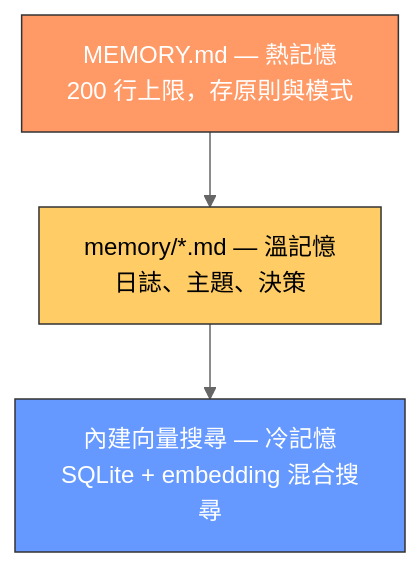
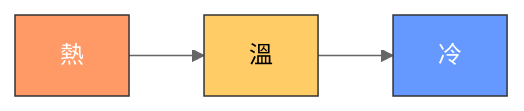
The sixth of 6 diagrams in README.md (changanlee/claw-company), drawn with Mermaid (neutral theme) before and after one commit. The commit also changed other lines of this file and 27 other files, not shown here.

````diff
--- a/README.md
+++ b/README.md
@@ -432,9 +443,8 @@
 ```mermaid
-graph TB
-    熱[MEMORY.md — 熱記憶<br/>200 行上限，存原則與模式] --> 溫[memory/*.md — 溫記憶<br/>日誌、主題、決策]
-    溫 --> 冷[內建向量搜尋 — 冷記憶<br/>SQLite + embedding 混合搜尋]
+graph LR
+    熱[熱] --> 溫[溫] --> 冷[冷]
 
     style 熱 fill:#f96,stroke:#333,color:#fff
     style 溫 fill:#fc6,stroke:#333
     style 冷 fill:#69f,stroke:#333,color:#fff
 ```
````
